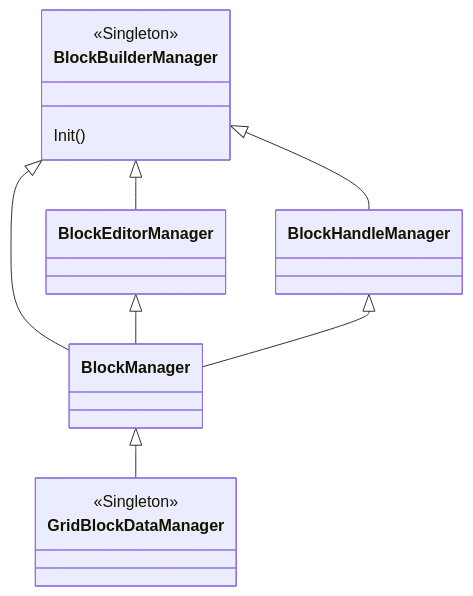
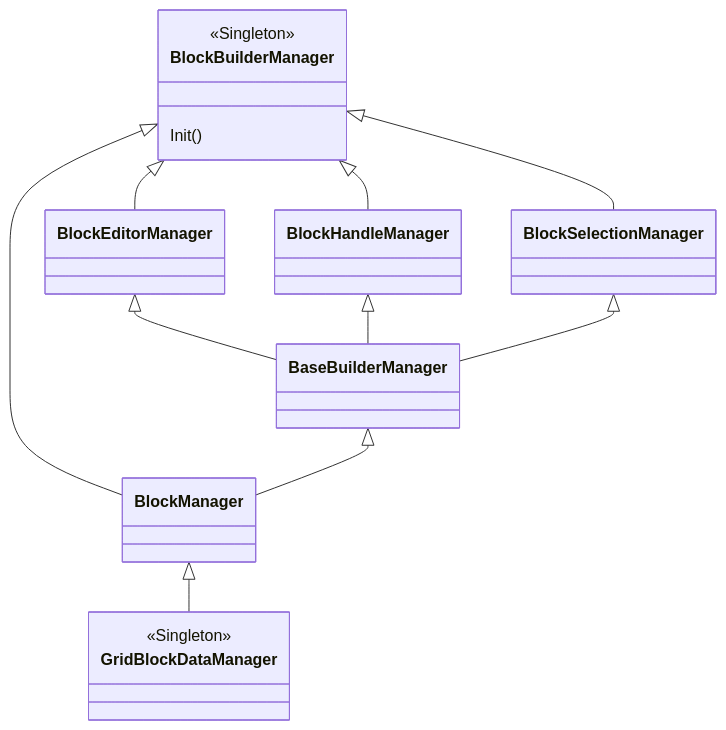
One commit to Fusamamu/MugCup_BlockBuilder changed the diagram in README.md. Above: the diagram before and after it, drawn with Mermaid. The commit also changed 1 other file, not shown here.

Commit message:
README.md Updated

````diff
--- a/README.md
+++ b/README.md
@@ -19,20 +19,25 @@
 ```mermaid
 classDiagram
 BlockBuilderManager <|-- BlockManager
 <<Singleton>> BlockBuilderManager
 BlockBuilderManager : Init()
 
 BlockManager <|-- GridBlockDataManager
 
 BlockBuilderManager <|-- BlockEditorManager
 BlockBuilderManager <|-- BlockHandleManager
+BlockBuilderManager <|-- BlockSelectionManager
 
-BlockEditorManager <|-- BlockManager
-BlockHandleManager <|-- BlockManager
+BlockEditorManager    <|-- BaseBuilderManager
+BlockHandleManager    <|-- BaseBuilderManager
+BlockSelectionManager <|-- BaseBuilderManager
+
+
+BaseBuilderManager <|-- BlockManager
 
 class GridBlockDataManager{
 <<Singleton>>
 }
 
 
 ```
````
